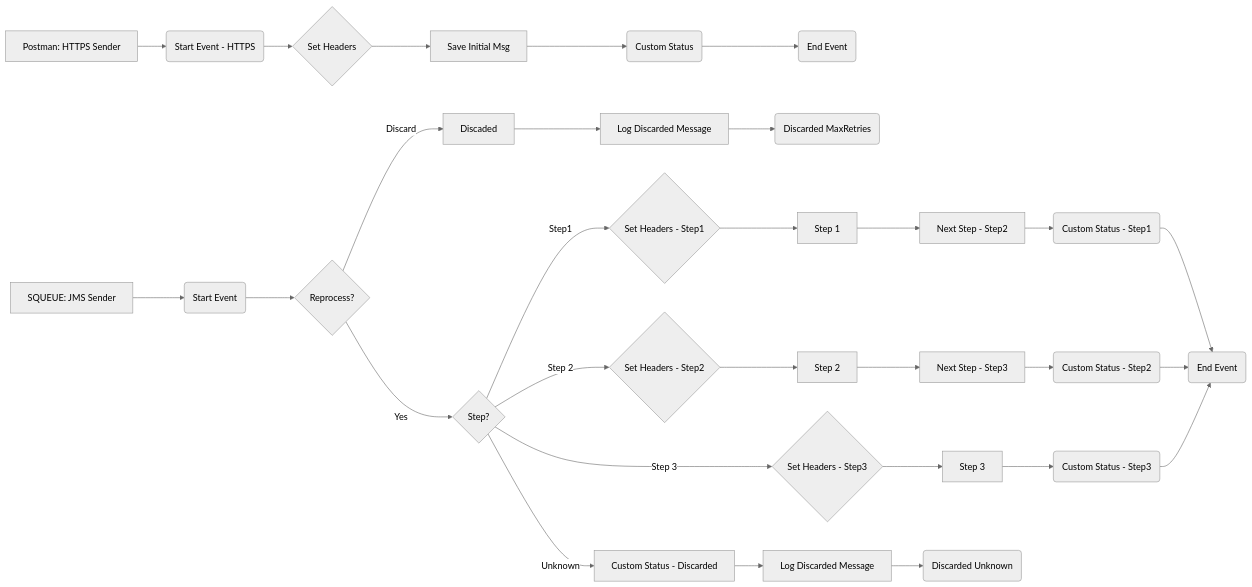
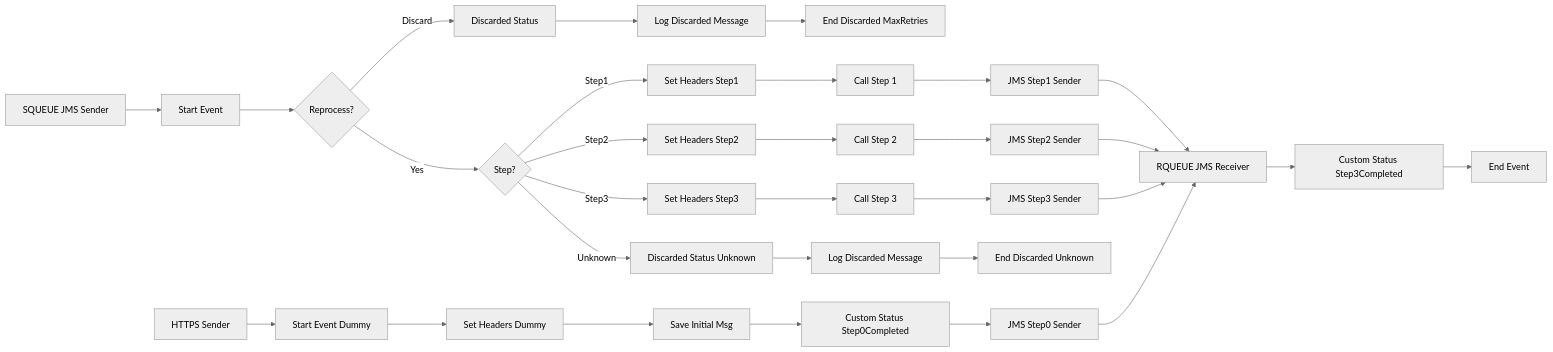
The diagram in MMZ - Cell Iflows/SEDA_Model_-_Single_Queue_-_Restart_and_Discard_MMZ-1.0.0/readme.md (Avvale-IA-CICD/AvvaleCPI), drawn with Mermaid (neutral theme) before and after one commit. The commit also changed other lines of this file, not shown here.

Commit message:
Add/update documentation for SEDA_Model_-_Single_Queue_-_Restart_and_Discard_MMZ v1.0.0

````diff
--- a/MMZ - Cell Iflows/SEDA_Model_-_Single_Queue_-_Restart_and_Discard_MMZ-1.0.0/readme.md
+++ b/MMZ - Cell Iflows/SEDA_Model_-_Single_Queue_-_Restart_and_Discard_MMZ-1.0.0/readme.md
@@ -4,31 +5,32 @@
 ```mermaid
 graph LR
-    A[SQUEUE: JMS Sender] --> B(Start Event)
-    C[Postman: HTTPS Sender] --> D(Start Event - HTTPS)
-    D --> E{Set Headers}
-    E --> F[Save Initial Msg]
-    F --> G(Custom Status)
-    G --> H(End Event)
-    B --> I{Reprocess?}
-    I -- Discard --> J[Discaded]
-    J --> K[Log Discarded Message]
-    K --> L(Discarded MaxRetries)
-    I -- Yes --> M{Step?}
-    M -- Step1 --> N{Set Headers - Step1}
-    N --> O[Step 1]
-    O --> P[Next Step - Step2]
-    P --> Q(Custom Status - Step1)
-    Q --> R(End Event)
-    M -- Step 2 --> S{Set Headers - Step2}
-    S --> T[Step 2]
-    T --> U[Next Step - Step3]
-    U --> V(Custom Status - Step2)
-    V --> R
-    M -- Step 3 --> W{Set Headers - Step3}
-    W --> X[Step 3]
-    X --> Y(Custom Status - Step3)
-    Y --> R
-    M -- Unknown --> Z[Custom Status - Discarded]
-    Z --> AA[Log Discarded Message]
-    AA --> BB(Discarded Unknown)
+    SQUEUE[SQUEUE JMS Sender] --> StartEvent[Start Event]
+    StartEvent --> ReprocessGateway{Reprocess?}
+    ReprocessGateway -- Discard --> DiscardedStatus[Discarded Status]
+    DiscardedStatus --> LogDiscardedMessage1[Log Discarded Message]
+    LogDiscardedMessage1 --> EndDiscardedMaxRetries[End Discarded MaxRetries]
+    ReprocessGateway -- Yes --> StepGateway{Step?}
+    StepGateway -- Step1 --> SetHeaders1[Set Headers Step1]
+    SetHeaders1 --> Step1Call[Call Step 1]
+    Step1Call --> JMSStep1[JMS Step1 Sender]
+    JMSStep1 --> RQUEUE[RQUEUE JMS Receiver]
+    StepGateway -- Step2 --> SetHeaders2[Set Headers Step2]
+    SetHeaders2 --> Step2Call[Call Step 2]
+    Step2Call --> JMSStep2[JMS Step2 Sender]
+    JMSStep2 --> RQUEUE
+    StepGateway -- Step3 --> SetHeaders3[Set Headers Step3]
+    SetHeaders3 --> Step3Call[Call Step 3]
+    Step3Call --> JMSStep3[JMS Step3 Sender]
+    JMSStep3 --> RQUEUE
+    StepGateway -- Unknown --> DiscardedStatus2[Discarded Status Unknown]
+    DiscardedStatus2 --> LogDiscardedMessage2[Log Discarded Message]
+    LogDiscardedMessage2 --> EndDiscardedUnknown[End Discarded Unknown]
+    RQUEUE --> CustomStatus3[Custom Status Step3Completed]
+    CustomStatus3 --> EndEvent[End Event]
+    HTTPS[HTTPS Sender] --> StartEventDummy[Start Event Dummy]
+    StartEventDummy --> SetHeadersDummy[Set Headers Dummy]
+    SetHeadersDummy --> SaveInitialMsg[Save Initial Msg]
+    SaveInitialMsg --> CustomStatusDummy[Custom Status Step0Completed]
+    CustomStatusDummy --> JMSStep0[JMS Step0 Sender]
+    JMSStep0 --> RQUEUE
 ```
````
